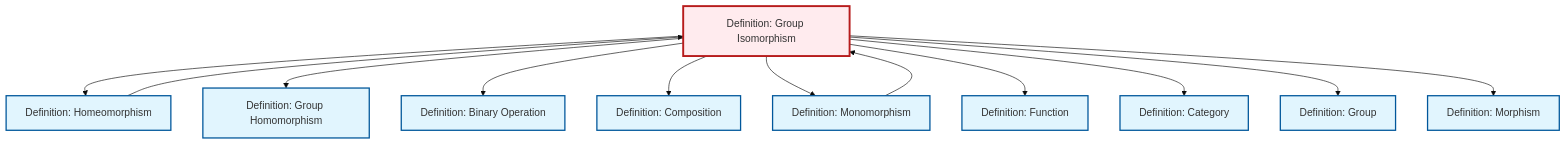
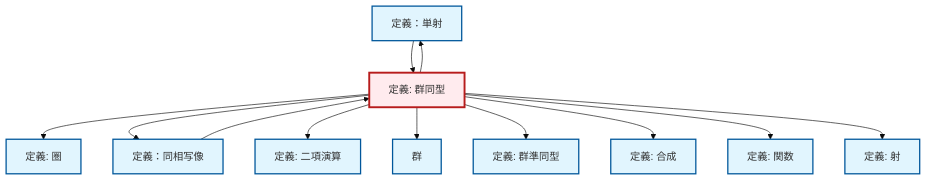
One commit to RK0429/ModernMath changed the diagram in content/ja/algebra/def-isomorphism.qmd. Above: the diagram before and after it, drawn with Mermaid (base theme). The commit also changed 1069 other files, not shown here.

````diff
--- a/content/ja/algebra/def-isomorphism.qmd
+++ b/content/ja/algebra/def-isomorphism.qmd
@@ -114,40 +114,40 @@
 ```{mermaid}
 %%| fig-cap: "Local dependency graph"
 graph TD
     classDef definition fill:#e1f5fe,stroke:#01579b,stroke-width:2px
     classDef theorem fill:#f3e5f5,stroke:#4a148c,stroke-width:2px
     classDef axiom fill:#fff3e0,stroke:#e65100,stroke-width:2px
     classDef example fill:#e8f5e9,stroke:#1b5e20,stroke-width:2px
     classDef current fill:#ffebee,stroke:#b71c1c,stroke-width:3px
-    def-isomorphism["Definition: Group Isomorphism"]:::definition
-    def-group["Definition: Group"]:::definition
-    def-homeomorphism["Definition: Homeomorphism"]:::definition
-    def-binary-operation["Definition: Binary Operation"]:::definition
-    def-function["Definition: Function"]:::definition
-    def-morphism["Definition: Morphism"]:::definition
-    def-category["Definition: Category"]:::definition
-    def-homomorphism["Definition: Group Homomorphism"]:::definition
-    def-composition["Definition: Composition"]:::definition
-    def-monomorphism["Definition: Monomorphism"]:::definition
+    def-monomorphism["定義：単射"]:::definition
+    def-category["定義: 圏"]:::definition
+    def-homeomorphism["定義：同相写像"]:::definition
+    def-function["定義: 関数"]:::definition
+    def-binary-operation["定義: 二項演算"]:::definition
+    def-isomorphism["定義: 群同型"]:::definition
+    def-composition["定義: 合成"]:::definition
+    def-homomorphism["定義: 群準同型"]:::definition
+    def-morphism["定義: 射"]:::definition
+    def-group["群"]:::definition
+    def-isomorphism --> def-category
     def-isomorphism --> def-homeomorphism
+    def-isomorphism --> def-binary-operation
     def-homeomorphism --> def-isomorphism
+    def-isomorphism --> def-group
     def-isomorphism --> def-homomorphism
-    def-isomorphism --> def-binary-operation
+    def-isomorphism --> def-monomorphism
     def-isomorphism --> def-composition
-    def-isomorphism --> def-monomorphism
     def-isomorphism --> def-function
-    def-isomorphism --> def-category
-    def-isomorphism --> def-group
     def-monomorphism --> def-isomorphism
     def-isomorphism --> def-morphism
     class def-isomorphism current
-    click def-group "def-group.html" "Definition: Groupへ"
-    click def-homeomorphism "def-homeomorphism.html" "Definition: Homeomorphismへ"
-    click def-binary-operation "def-binary-operation.html" "Definition: Binary Operationへ"
-    click def-function "def-function.html" "Definition: Functionへ"
-    click def-morphism "def-morphism.html" "Definition: Morphismへ"
-    click def-category "def-category.html" "Definition: Categoryへ"
-    click def-homomorphism "def-homomorphism.html" "Definition: Group Homomorphismへ"
-    click def-composition "def-composition.html" "Definition: Compositionへ"
-    click def-monomorphism "def-monomorphism.html" "Definition: Monomorphismへ"
+    click def-monomorphism "def-monomorphism.html" "定義：単射へ"
+    click def-category "def-category.html" "圏の定義へ"
+    click def-homeomorphism "def-homeomorphism.html" "定義：同相写像へ"
+    click def-function "def-function.html" "関数の定義へ"
+    click def-binary-operation "def-binary-operation.html" "二項演算の定義へ"
+    click def-composition "def-composition.html" "合成の定義へ"
+    click def-homomorphism "def-homomorphism.html" "群準同型の定義へ"
+    click def-morphism "def-morphism.html" "射の定義へ"
+    click def-group "def-group.html" "群へ"
 ```
````
